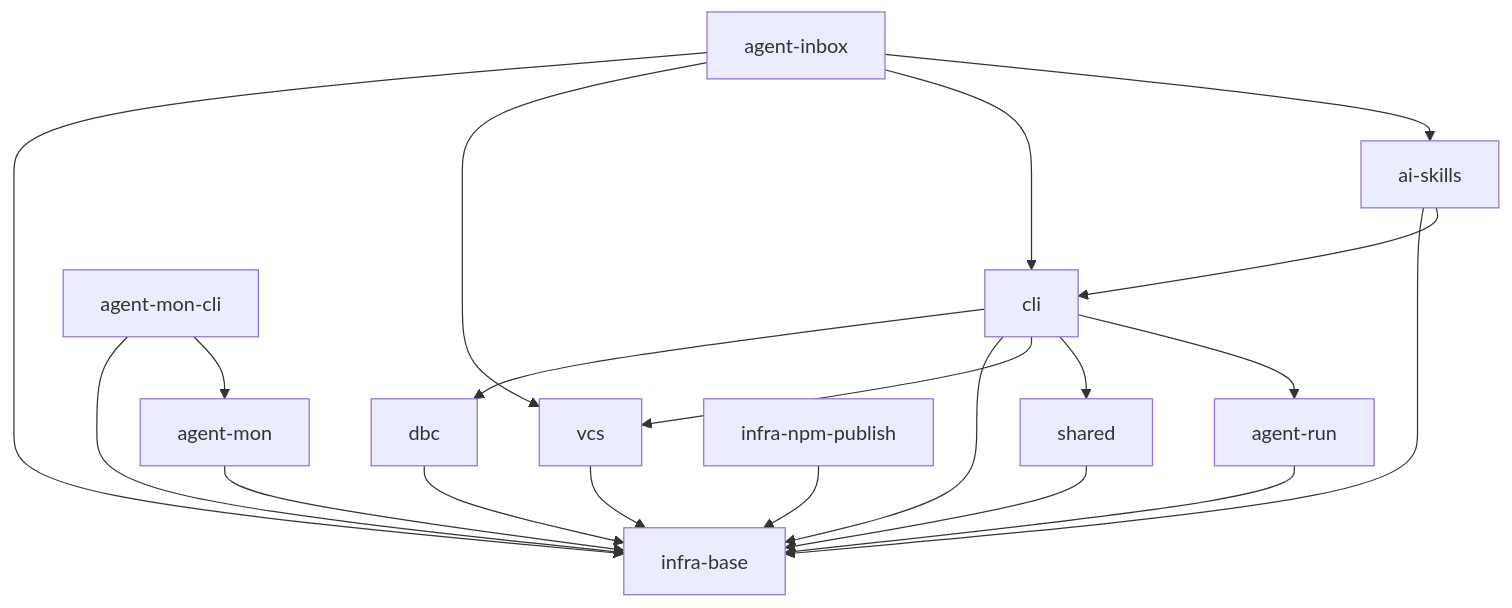
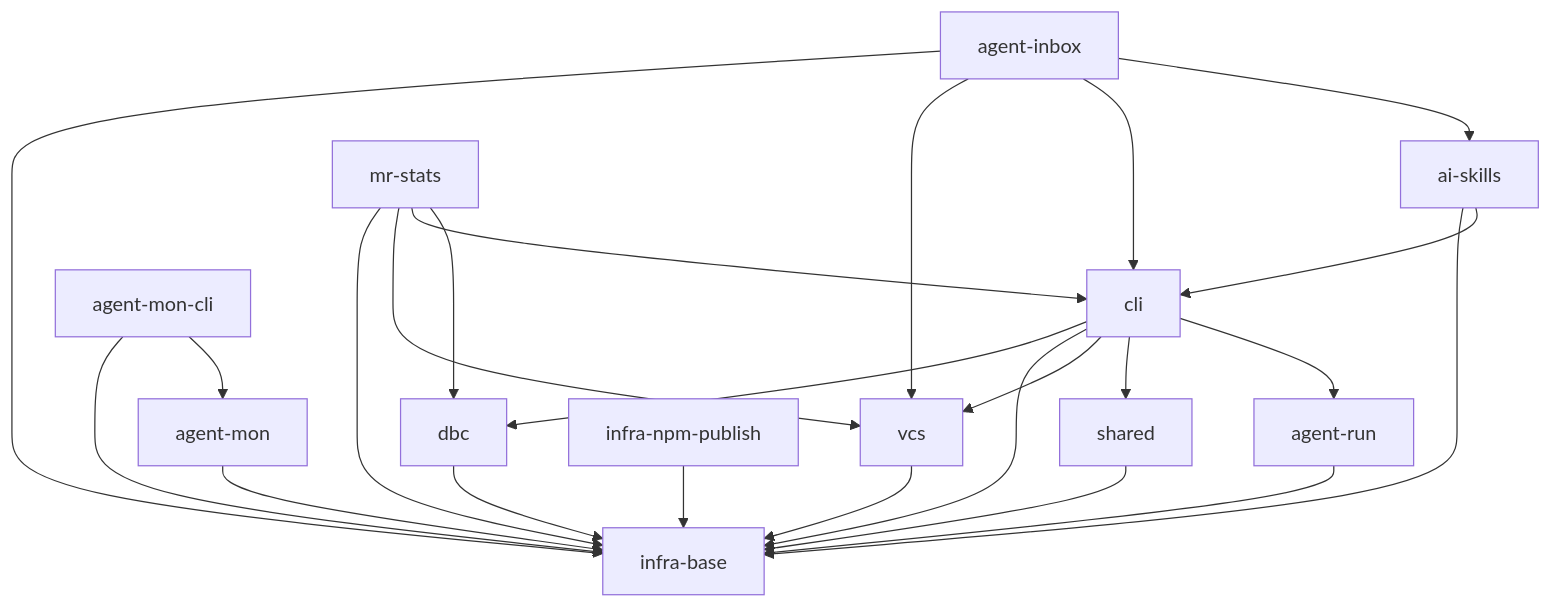
Before and after one commit to RubaXa/gennady: the diagram in specs/README.md, drawn with Mermaid. The commit also changed other lines of this file and 51 other files, not shown here.

````diff
--- a/specs/README.md
+++ b/specs/README.md
@@ -9,22 +9,26 @@
 ```mermaid
 graph TD
     cli --> dbc
     cli --> infra-base
     cli --> vcs
     cli --> shared
     dbc --> infra-base
     vcs --> infra-base
     agent-mon --> infra-base
     agent-mon-cli --> infra-base
     agent-mon-cli --> agent-mon
     agent-run --> infra-base
     cli --> agent-run
     ai-skills --> infra-base
     ai-skills --> cli
     infra-npm-publish --> infra-base
     agent-inbox --> infra-base
     agent-inbox --> vcs
     agent-inbox --> cli
     agent-inbox --> ai-skills
     shared --> infra-base
+    mr-stats --> infra-base
+    mr-stats --> vcs
+    mr-stats --> cli
+    mr-stats --> dbc
 ```
````
